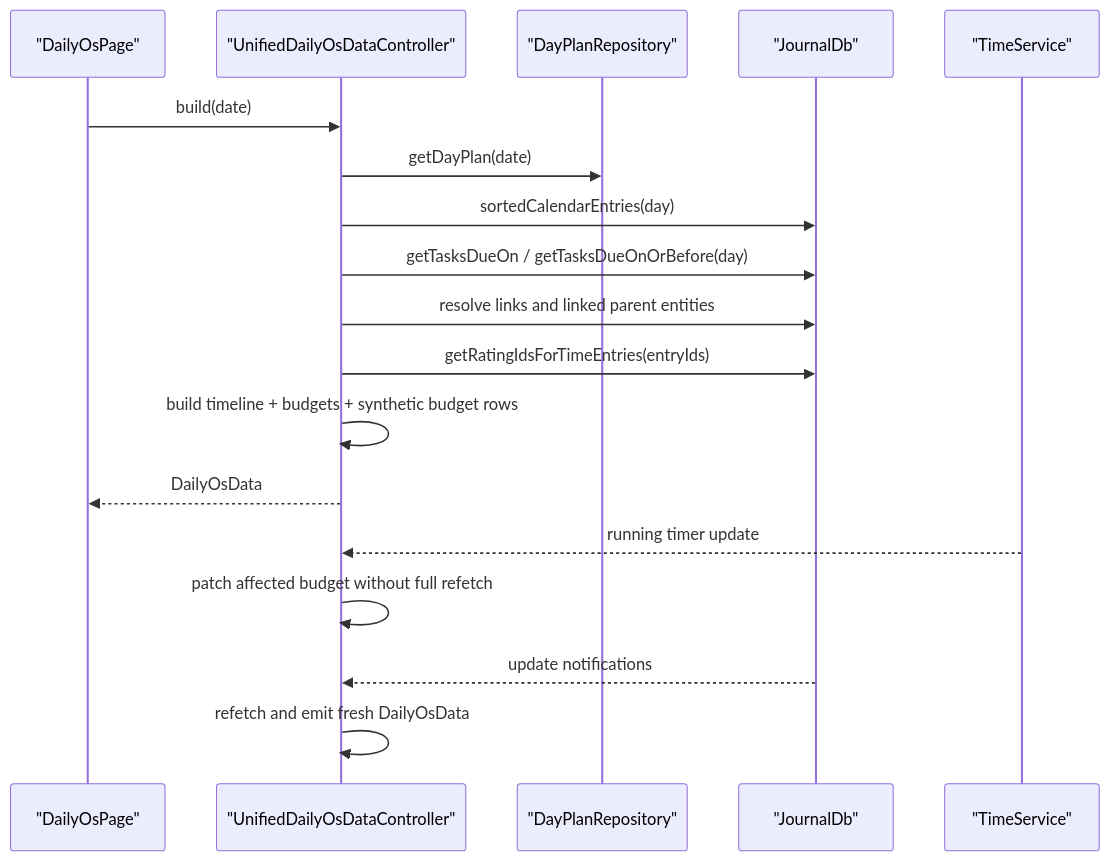
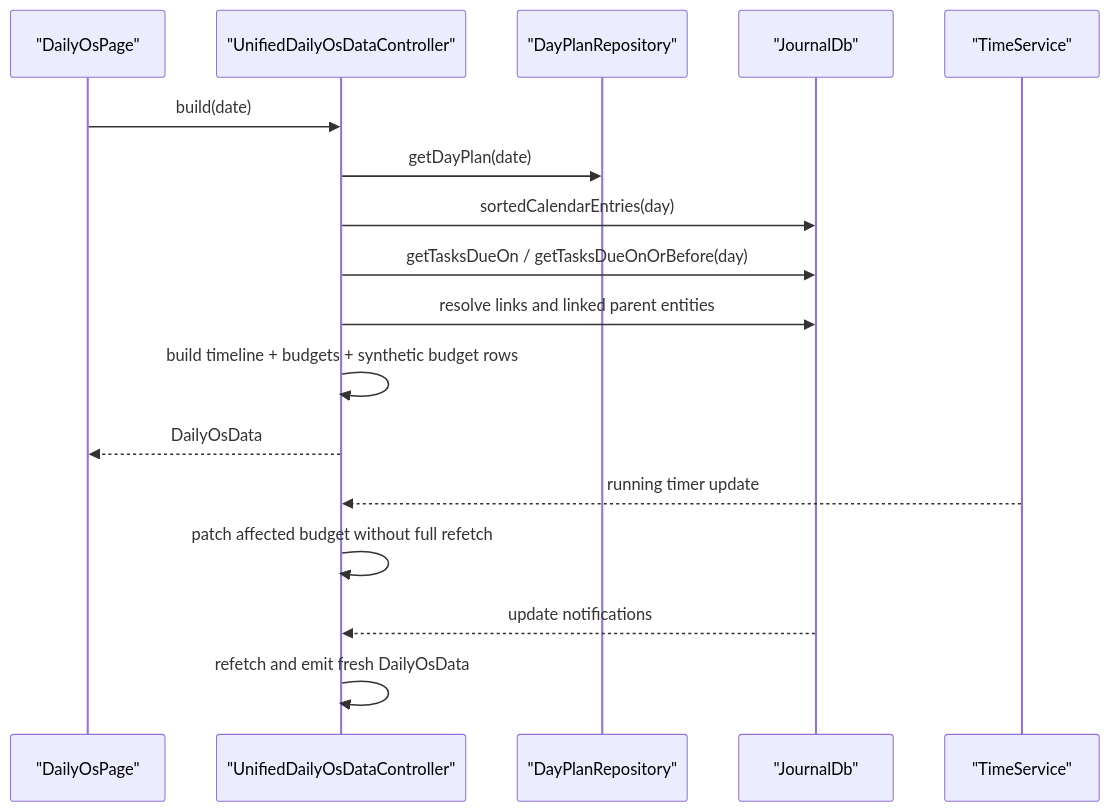
One commit to matthiasn/lotti changed the fourth of 7 diagrams in lib/features/daily_os/README.md. Above: the diagram before and after it, drawn with Mermaid. The commit also changed other lines of this file and 3 other files, not shown here.

````diff
--- a/lib/features/daily_os/README.md
+++ b/lib/features/daily_os/README.md
@@ -142,23 +141,22 @@
 ```mermaid
 sequenceDiagram
   participant UI as "DailyOsPage"
   participant Unified as "UnifiedDailyOsDataController"
   participant Plan as "DayPlanRepository"
   participant DB as "JournalDb"
   participant Time as "TimeService"
 
   UI->>Unified: build(date)
   Unified->>Plan: getDayPlan(date)
   Unified->>DB: sortedCalendarEntries(day)
   Unified->>DB: getTasksDueOn / getTasksDueOnOrBefore(day)
   Unified->>DB: resolve links and linked parent entities
-  Unified->>DB: getRatingIdsForTimeEntries(entryIds)
   Unified->>Unified: build timeline + budgets + synthetic budget rows
   Unified-->>UI: DailyOsData
 
   Time-->>Unified: running timer update
   Unified->>Unified: patch affected budget without full refetch
 
   DB-->>Unified: update notifications
   Unified->>Unified: refetch and emit fresh DailyOsData
 ```
````
